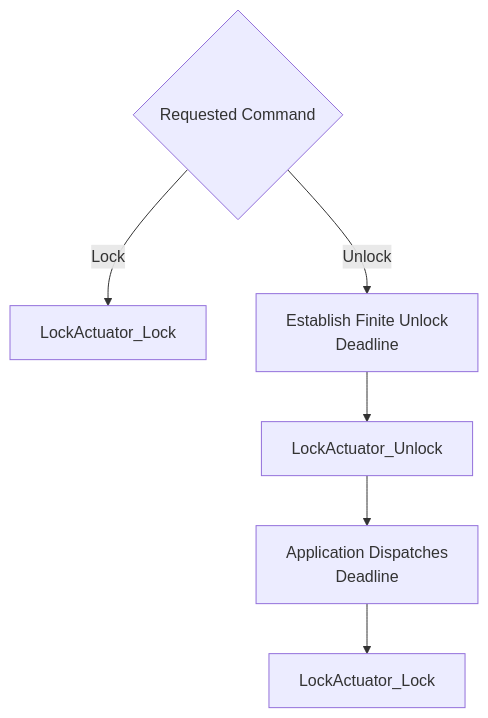
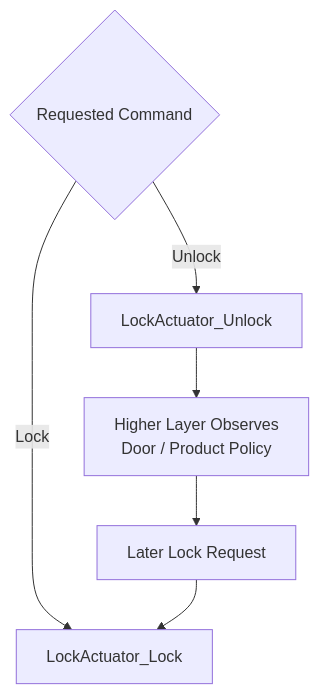
Before and after one commit to JP-REY/STM32F103C8T6-Based-Electronic-Lock: the third of 3 diagrams in Libs/Components/LockActuator/README.md, drawn with Mermaid. The commit also changed other lines of this file and 22 other files, not shown here.

First line of the commit message:
docs: update project architecture and module documentation

````diff
--- a/Libs/Components/LockActuator/README.md
+++ b/Libs/Components/LockActuator/README.md
@@ -458,16 +458,15 @@
 ```mermaid
 flowchart TD
 
     REQUEST{"Requested Command"}
     LOCK["LockActuator_Lock"]
-    DEADLINE["Establish Finite Unlock <br/>Deadline"]
     UNLOCK["LockActuator_Unlock"]
-    WAIT["Application Dispatches <br/>Deadline"]
-    RELOCK["LockActuator_Lock"]
+    WAIT["Higher Layer Observes<br/>Door / Product Policy"]
+    RELOCK["Later Lock Request"]
 
     REQUEST -- "Lock" --> LOCK
-    REQUEST -- "Unlock" --> DEADLINE
-    DEADLINE --> UNLOCK
+    REQUEST -- "Unlock" --> UNLOCK
     UNLOCK --> WAIT
     WAIT --> RELOCK
+    RELOCK --> LOCK
 ```
````
